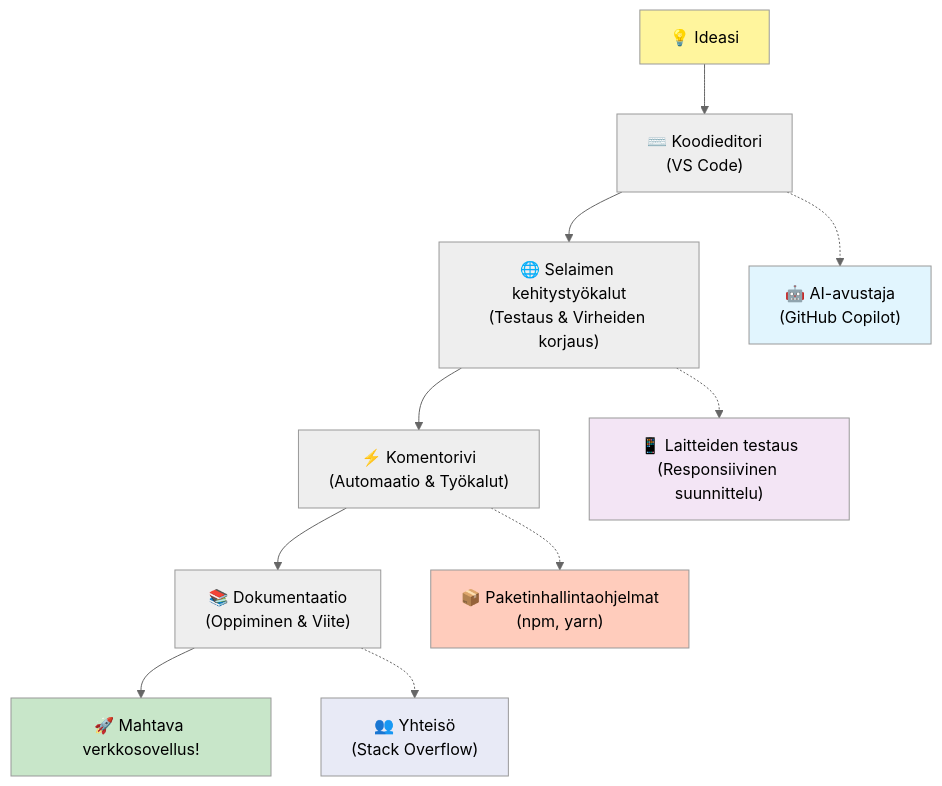
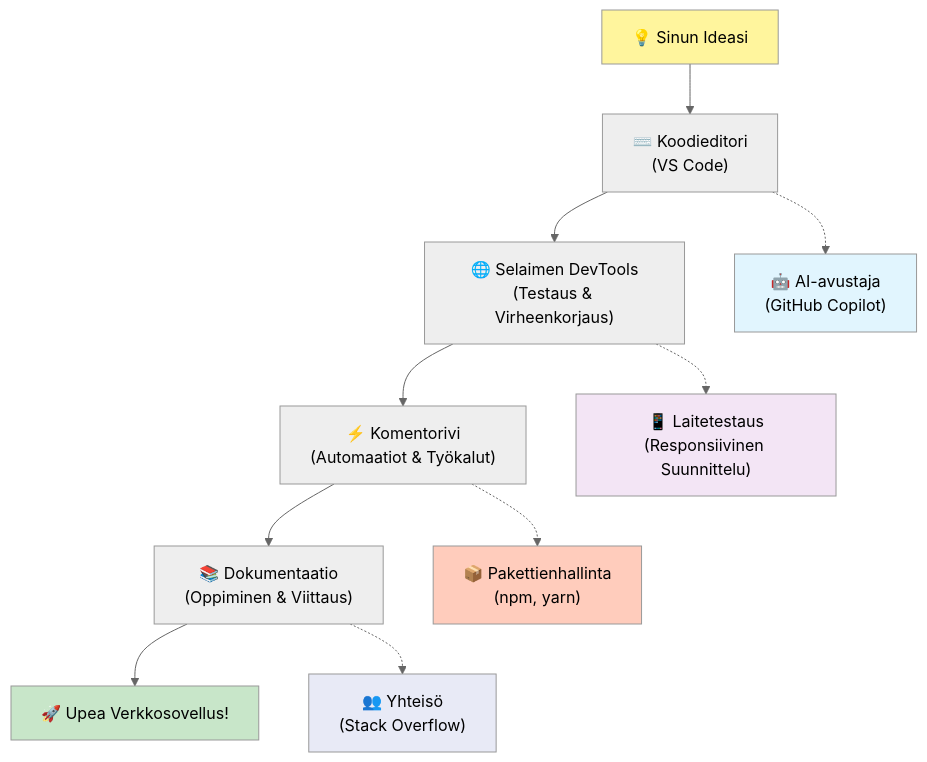
The fifth of 7 diagrams in translations/fi/1-getting-started-lessons/1-intro-to-programming-languages/README.md (microsoft/Web-Dev-For-Beginners), drawn with Mermaid (neutral theme) before and after one commit. The commit also changed other lines of this file and 8 other files, not shown here.

````diff
--- a/translations/fi/1-getting-started-lessons/1-intro-to-programming-languages/README.md
+++ b/translations/fi/1-getting-started-lessons/1-intro-to-programming-languages/README.md
@@ -488,20 +488,20 @@
 ```mermaid
 graph TD
-    A["💡 Ideasi"] --> B["⌨️ Koodieditori<br/>(VS Code)"] 
-    B --> C["🌐 Selaimen kehitystyökalut<br/>(Testaus & Virheiden korjaus)"]
-    C --> D["⚡ Komentorivi<br/>(Automaatio & Työkalut)"]
-    D --> E["📚 Dokumentaatio<br/>(Oppiminen & Viite)"]
-    E --> F["🚀 Mahtava verkkosovellus!"]
+    A["💡 Sinun Ideasi"] --> B["⌨️ Koodieditori<br/>(VS Code)"] 
+    B --> C["🌐 Selaimen DevTools<br/>(Testaus & Virheenkorjaus)"]
+    C --> D["⚡ Komentorivi<br/>(Automaatiot & Työkalut)"]
+    D --> E["📚 Dokumentaatio<br/>(Oppiminen & Viittaus)"]
+    E --> F["🚀 Upea Verkkosovellus!"]
     
     B -.-> G["🤖 AI-avustaja<br/>(GitHub Copilot)"]
-    C -.-> H["📱 Laitteiden testaus<br/>(Responsiivinen suunnittelu)"]
-    D -.-> I["📦 Paketinhallintaohjelmat<br/>(npm, yarn)"]
+    C -.-> H["📱 Laitetestaus<br/>(Responsiivinen Suunnittelu)"]
+    D -.-> I["📦 Pakettienhallinta<br/>(npm, yarn)"]
     E -.-> J["👥 Yhteisö<br/>(Stack Overflow)"]
     
     style A fill:#fff59d
     style F fill:#c8e6c9
     style G fill:#e1f5fe
     style H fill:#f3e5f5
     style I fill:#ffccbc
     style J fill:#e8eaf6
-```
+```  
````
